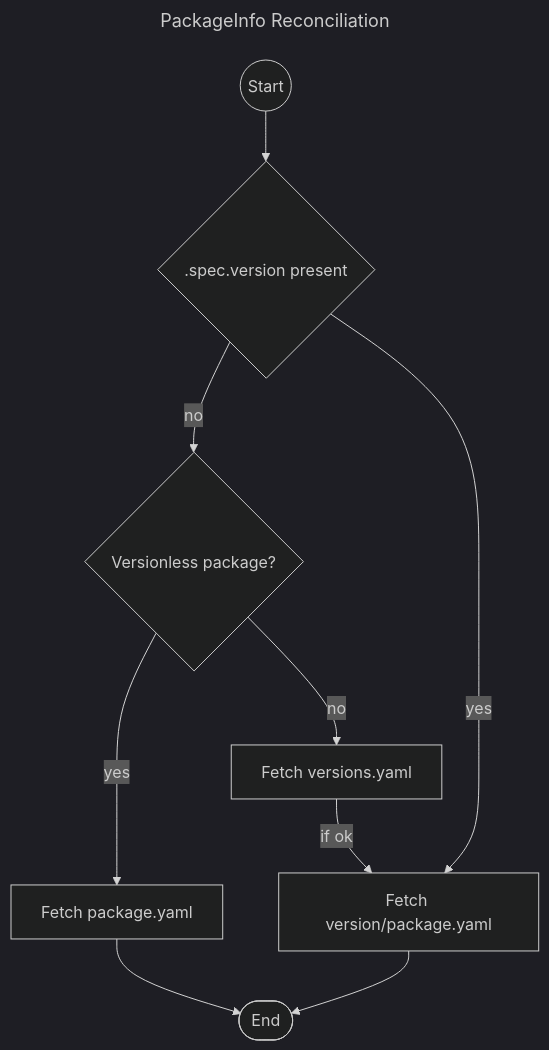
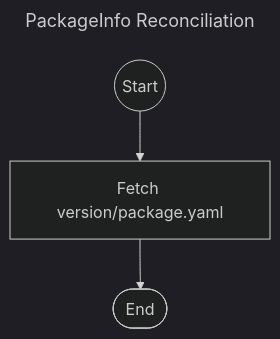
Before and after one commit to glasskube/glasskube: the second of 2 diagrams in website/docs/03_components/02_package-operator.md, drawn with Mermaid (dark theme). The commit also changed other lines of this file and 17 other files, not shown here.

Commit message:
feat: mandatory package version (#341)

````diff
--- a/website/docs/03_components/02_package-operator.md
+++ b/website/docs/03_components/02_package-operator.md
@@ -54,22 +47,12 @@
 ```mermaid
 ---
 title: PackageInfo Reconciliation
 ---
 flowchart TB
   start((Start))
-  pinned{.spec.version present}
-  noVersion{Versionless package?}
-  DP[Fetch package.yaml]
-  DV[Fetch versions.yaml]
   DVP[Fetch version/package.yaml]
   end1([End])
 
-  start --> pinned
-  pinned -- no --> noVersion
-  noVersion -- yes --> DP
-  noVersion -- no --> DV
-  pinned -- yes --> DVP
-  DV -- if ok --> DVP
-  DP --> end1
+  start --> DVP
   DVP --> end1
 ```
````
